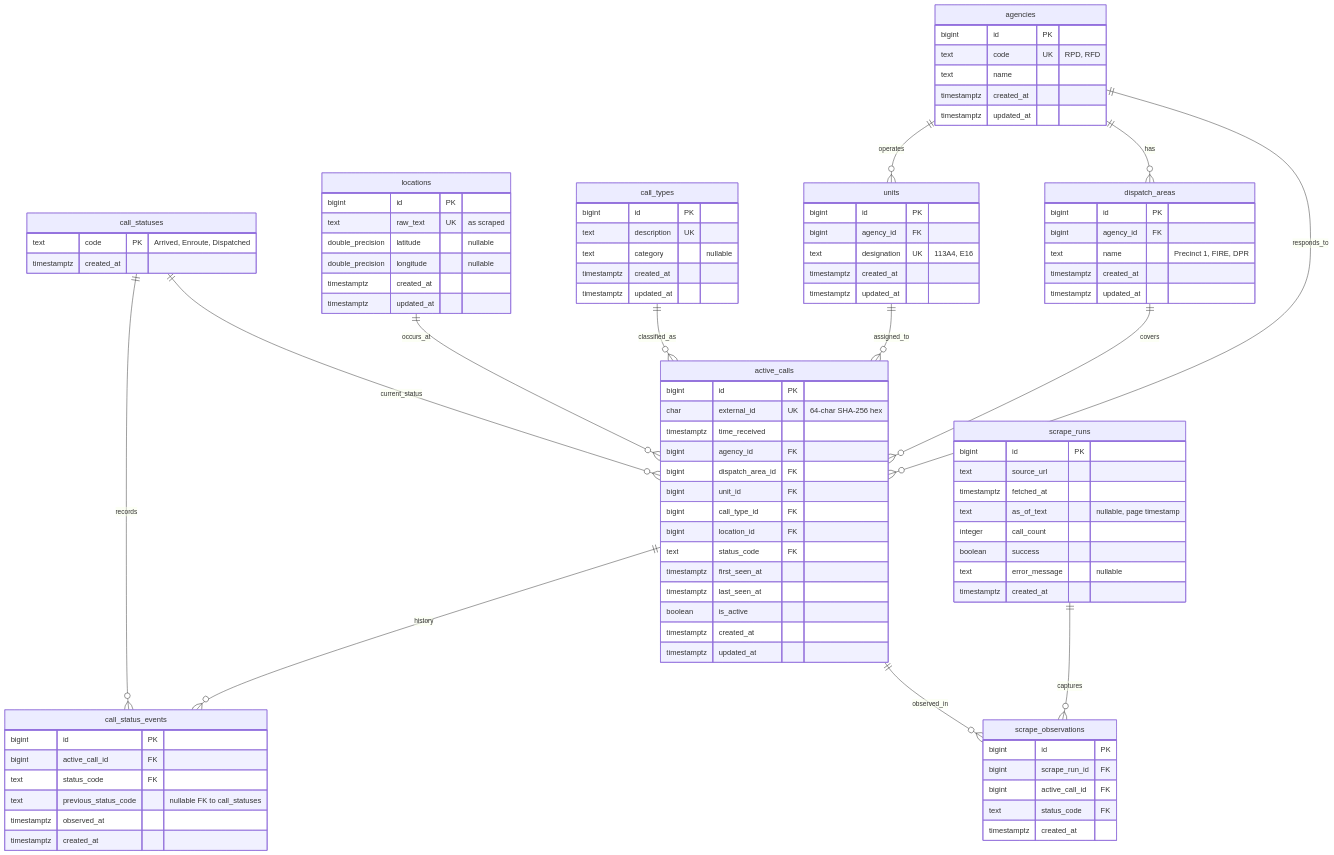
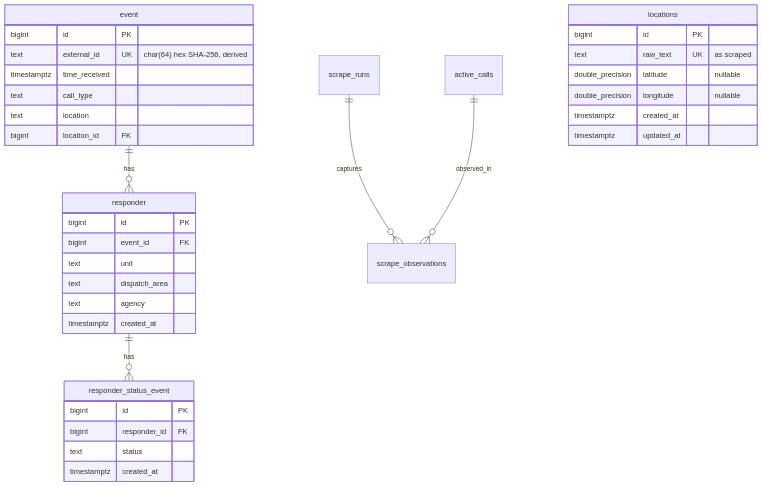
Before and after one commit to durid-ah/dispatch-map: the second of 4 diagrams in docs/erd.md, drawn with Mermaid.

Commit message:
updated erd diagram with a simplified schema

````diff
--- a/docs/erd.md
+++ b/docs/erd.md
@@ -46,51 +46,10 @@
 ```mermaid
 erDiagram
-    agencies ||--o{ dispatch_areas : has
-    agencies ||--o{ units : operates
-    agencies ||--o{ active_calls : responds_to
+    event ||--o{ responder : has
+    responder ||--o{ responder_status_event : has
 
-    dispatch_areas ||--o{ active_calls : covers
-    units ||--o{ active_calls : assigned_to
-    call_types ||--o{ active_calls : classified_as
-    locations ||--o{ active_calls : occurs_at
-    call_statuses ||--o{ active_calls : current_status
-
-    active_calls ||--o{ call_status_events : history
-    call_statuses ||--o{ call_status_events : records
     scrape_runs ||--o{ scrape_observations : captures
     active_calls ||--o{ scrape_observations : observed_in
-
-    agencies {
-        bigint id PK
-        text code UK "RPD, RFD"
-        text name
-        timestamptz created_at
-        timestamptz updated_at
-    }
-
-    dispatch_areas {
-        bigint id PK
-        bigint agency_id FK
-        text name "Precinct 1, FIRE, DPR"
-        timestamptz created_at
-        timestamptz updated_at
-    }
-
-    units {
-        bigint id PK
-        bigint agency_id FK
-        text designation UK "113A4, E16"
-        timestamptz created_at
-        timestamptz updated_at
-    }
-
-    call_types {
-        bigint id PK
-        text description UK
-        text category "nullable"
-        timestamptz created_at
-        timestamptz updated_at
-    }
 
     locations {
         bigint id PK
@@ -101,53 +60,28 @@
         timestamptz updated_at
     }
 
-    call_statuses {
-        text code PK "Arrived, Enroute, Dispatched"
+    event {
+        bigint id PK
+        text external_id UK "char(64) hex SHA-256, derived"
+        timestamptz time_received
+        text call_type
+        text location
+        bigint location_id FK
+    }
+
+    responder {
+        bigint id PK
+        bigint event_id FK
+        text unit
+        text dispatch_area
+        text agency
         timestamptz created_at
     }
 
-    active_calls {
+    responder_status_event {
         bigint id PK
-        char external_id UK "64-char SHA-256 hex"
-        timestamptz time_received
-        bigint agency_id FK
-        bigint dispatch_area_id FK
-        bigint unit_id FK
-        bigint call_type_id FK
-        bigint location_id FK
-        text status_code FK
-        timestamptz first_seen_at
-        timestamptz last_seen_at
-        boolean is_active
-        timestamptz created_at
-        timestamptz updated_at
-    }
-
-    call_status_events {
-        bigint id PK
-        bigint active_call_id FK
-        text status_code FK
-        text previous_status_code "nullable FK to call_statuses"
-        timestamptz observed_at
-        timestamptz created_at
-    }
-
-    scrape_runs {
-        bigint id PK
-        text source_url
-        timestamptz fetched_at
-        text as_of_text "nullable, page timestamp"
-        integer call_count
-        boolean success
-        text error_message "nullable"
-        timestamptz created_at
-    }
-
-    scrape_observations {
-        bigint id PK
-        bigint scrape_run_id FK
-        bigint active_call_id FK
-        text status_code FK
+        bigint responder_id FK
+        text status
         timestamptz created_at
     }
 ```
````
